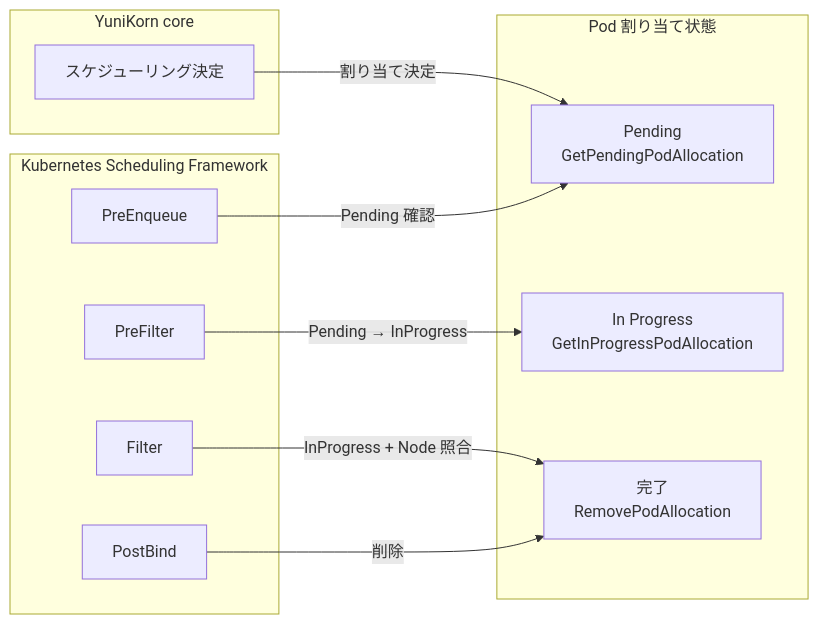
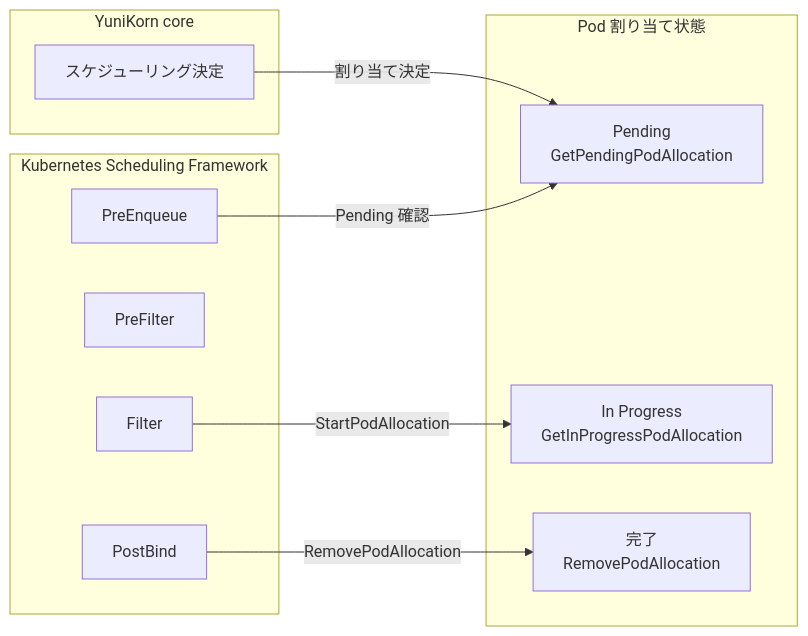
The diagram in yunikorn/yunikorn-k8shim/part02-k8s/08-scheduler-plugin.md (miyamadoKL/source-code-reading), drawn with Mermaid before and after one commit. The commit also changed other lines of this file and 9 other files, not shown here.

````diff
--- a/yunikorn/yunikorn-k8shim/part02-k8s/08-scheduler-plugin.md
+++ b/yunikorn/yunikorn-k8shim/part02-k8s/08-scheduler-plugin.md
@@ -64,25 +64,24 @@
 ```mermaid
 graph LR
     subgraph "YuniKorn core"
         Core["スケジューリング決定"]
     end
 
     subgraph "Pod 割り当て状態"
         Pending["Pending<br/>GetPendingPodAllocation"]
         InProgress["In Progress<br/>GetInProgressPodAllocation"]
         Done["完了<br/>RemovePodAllocation"]
     end
 
     subgraph "Kubernetes Scheduling Framework"
         PreEnqueue["PreEnqueue"]
         PreFilter["PreFilter"]
         Filter["Filter"]
         PostBind["PostBind"]
     end
 
     Core -->|"割り当て決定"| Pending
     PreEnqueue -->|"Pending 確認"| Pending
-    PreFilter -->|"Pending → InProgress"| InProgress
-    Filter -->|"InProgress + Node 照合"| Done
-    PostBind -->|"削除"| Done
+    Filter -->|"StartPodAllocation"| InProgress
+    PostBind -->|"RemovePodAllocation"| Done
 ```
````
